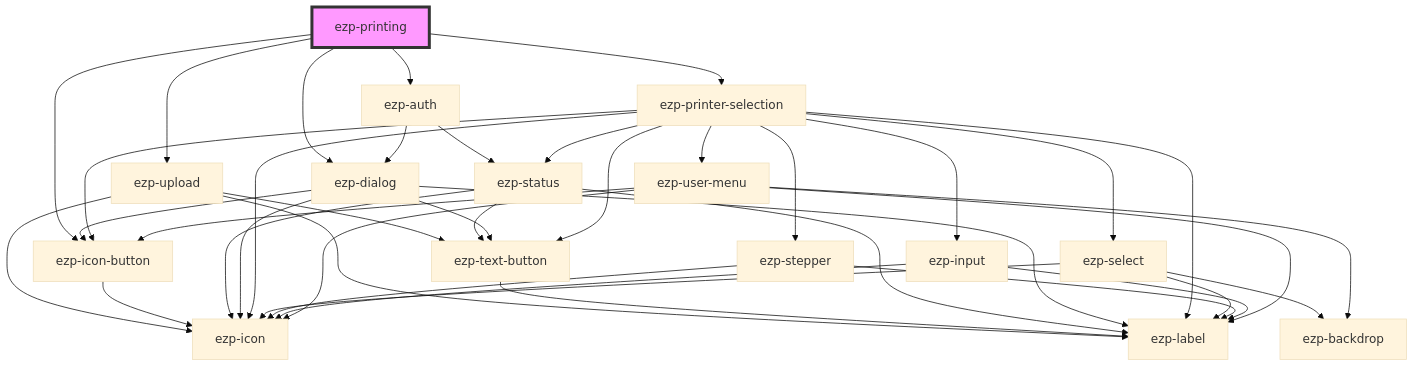
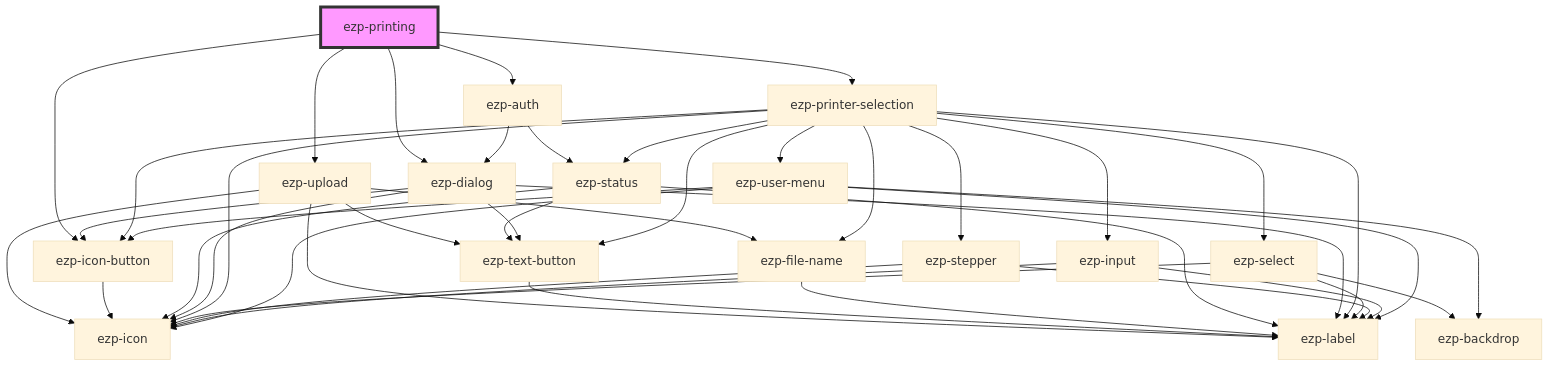
Before and after one commit to ezeep/ezeep-js: the diagram in src/components/ezp-printing/readme.md, drawn with Mermaid (base theme). The commit also changed 3 other files, not shown here.

First line of the commit message:
docs(components): regenerate readmes for ezp-file-name and isTruncated

````diff
--- a/src/components/ezp-printing/readme.md
+++ b/src/components/ezp-printing/readme.md
@@ -119,43 +119,46 @@
 ```mermaid
 graph TD;
   ezp-printing --> ezp-upload
   ezp-printing --> ezp-icon-button
   ezp-printing --> ezp-auth
   ezp-printing --> ezp-printer-selection
   ezp-printing --> ezp-dialog
   ezp-upload --> ezp-icon
   ezp-upload --> ezp-label
   ezp-upload --> ezp-text-button
+  ezp-upload --> ezp-file-name
   ezp-text-button --> ezp-label
+  ezp-file-name --> ezp-label
   ezp-icon-button --> ezp-icon
   ezp-auth --> ezp-status
   ezp-auth --> ezp-dialog
   ezp-status --> ezp-icon
   ezp-status --> ezp-label
   ezp-status --> ezp-text-button
   ezp-dialog --> ezp-icon-button
   ezp-dialog --> ezp-icon
   ezp-dialog --> ezp-label
   ezp-dialog --> ezp-text-button
   ezp-printer-selection --> ezp-status
   ezp-printer-selection --> ezp-label
   ezp-printer-selection --> ezp-icon-button
   ezp-printer-selection --> ezp-icon
+  ezp-printer-selection --> ezp-file-name
   ezp-printer-selection --> ezp-select
   ezp-printer-selection --> ezp-stepper
   ezp-printer-selection --> ezp-input
   ezp-printer-selection --> ezp-text-button
   ezp-printer-selection --> ezp-user-menu
   ezp-select --> ezp-backdrop
   ezp-select --> ezp-icon
   ezp-select --> ezp-label
   ezp-stepper --> ezp-icon
   ezp-stepper --> ezp-label
   ezp-input --> ezp-icon
   ezp-input --> ezp-label
   ezp-user-menu --> ezp-backdrop
   ezp-user-menu --> ezp-label
   ezp-user-menu --> ezp-icon-button
   ezp-user-menu --> ezp-icon
   style ezp-printing fill:#f9f,stroke:#333,stroke-width:4px
 ```
````
